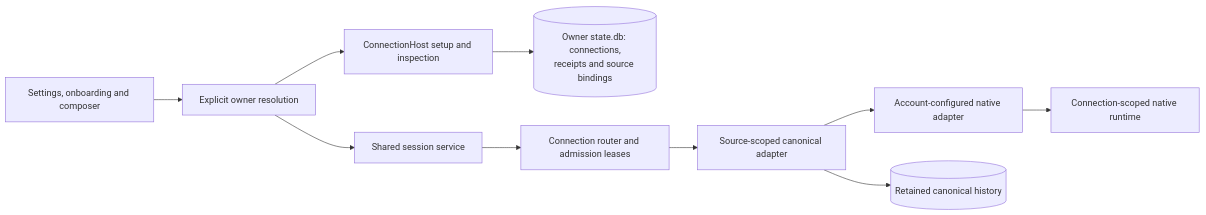
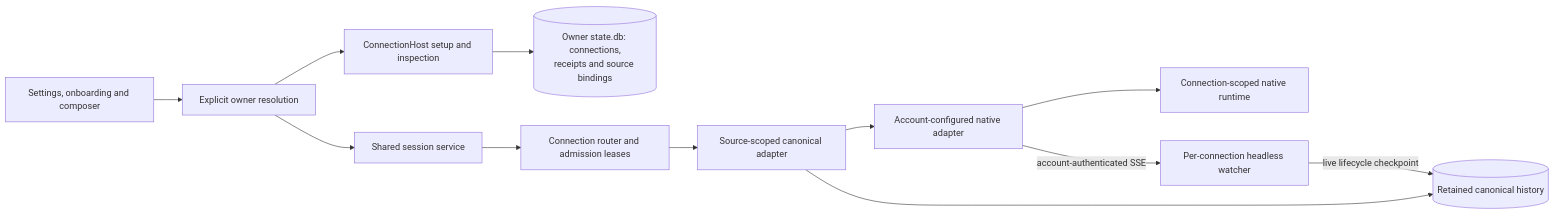
The diagram in docs/other/architecture-platform-connections.md (ocman/ocman), drawn with Mermaid before and after one commit. The commit also changed other lines of this file and 14 other files, not shown here.

Commit message:
fix(sidebar): watch live status for each OpenCode account

````diff
--- a/docs/other/architecture-platform-connections.md
+++ b/docs/other/architecture-platform-connections.md
@@ -12,12 +12,14 @@
 ```mermaid
 flowchart LR
     Browser[Settings, onboarding and composer] --> Owner[Explicit owner resolution]
     Owner --> Setup[ConnectionHost setup and inspection]
     Setup --> Store[(Owner state.db: connections,<br/>receipts and source bindings)]
     Owner --> Sessions[Shared session service]
     Sessions --> Router[Connection router and admission leases]
     Router --> Canonical[Source-scoped canonical adapter]
     Canonical --> Native[Account-configured native adapter]
     Canonical --> History[(Retained canonical history)]
     Native --> Runtime[Connection-scoped native runtime]
+    Native -->|account-authenticated SSE| Watcher[Per-connection headless watcher]
+    Watcher -->|live lifecycle checkpoint| History
 ```
````
